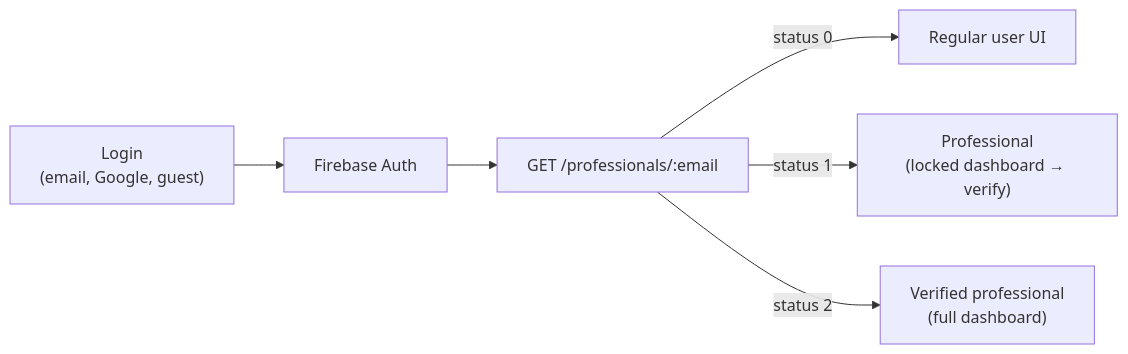
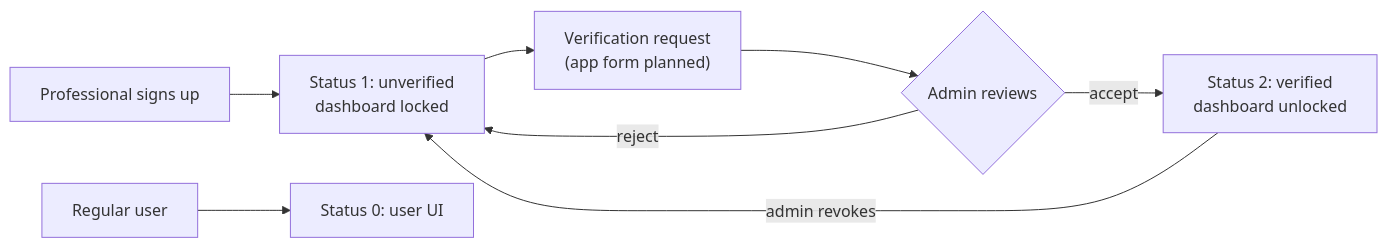
One commit to mahfuzhasanreza/kawan changed the fourth of 6 diagrams in README.md. Above: the diagram before and after it, drawn with Mermaid. The commit also changed other lines of this file, not shown here.

Commit message:
chore: update submodule references for client, admin, and server

````diff
--- a/README.md
+++ b/README.md
@@ -283,8 +242,10 @@
 ```mermaid
 flowchart LR
-    L["Login<br/>(email, Google, guest)"] --> F["Firebase Auth"]
-    F --> Q["GET /professionals/:email"]
-    Q -->|"status 0"| R1["Regular user UI"]
-    Q -->|"status 1"| R2["Professional<br/>(locked dashboard → verify)"]
-    Q -->|"status 2"| R3["Verified professional<br/>(full dashboard)"]
+    SU["Professional signs up"] --> R1["Status 1: unverified<br/>dashboard locked"]
+    R1 --> REQ["Verification request<br/>(app form planned)"]
+    REQ --> ADM{"Admin reviews"}
+    ADM -- accept --> R2["Status 2: verified<br/>dashboard unlocked"]
+    ADM -- reject --> R1
+    R2 -- "admin revokes" --> R1
+    N["Regular user"] --> R0["Status 0: user UI"]
 ```
````
